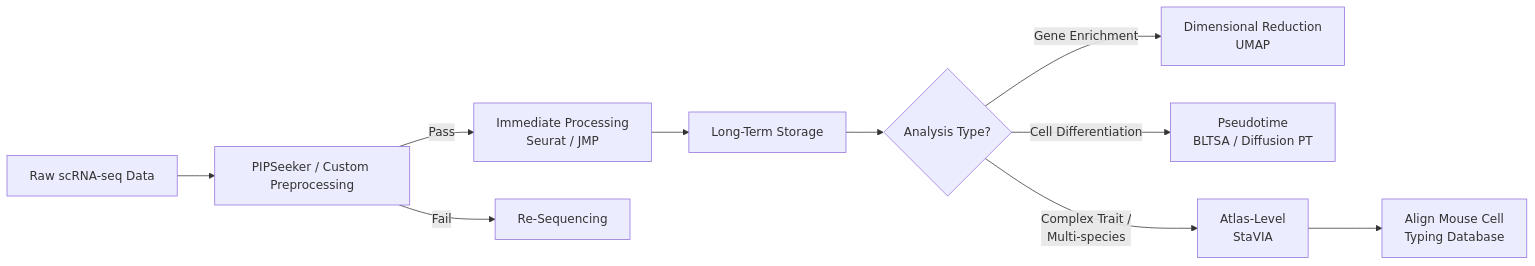
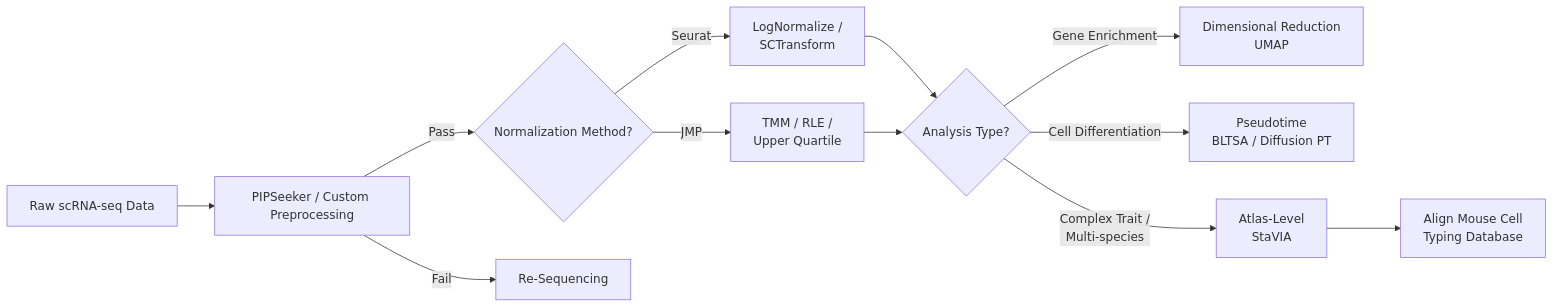
The diagram in README.md (pgrady1322/scRN_AI), drawn with Mermaid before and after one commit. The commit also changed other lines of this file, not shown here.

Commit message:
Refine Mermaid diagram in README to clarify normalization methods and analysis flow

````diff
--- a/README.md
+++ b/README.md
@@ -10,12 +10,14 @@
 ```mermaid
 flowchart LR
     A[Raw scRNA-seq Data] --> B[PIPSeeker / Custom Preprocessing]
-    B -- Pass --> C[Immediate Processing<br/>Seurat / JMP]
+    B -- Pass --> C{Normalization Method?}
     B -- Fail --> D[Re-Sequencing]
-    C --> E[Long-Term Storage]
-    E --> F{Analysis Type?}
-    F -- Gene Enrichment --> G[Dimensional Reduction<br/>UMAP]
-    F -- Cell Differentiation --> H[Pseudotime<br/>BLTSA / Diffusion PT]
-    F -- Complex Trait /<br/>Multi-species --> I[Atlas-Level<br/>StaVIA]
-    I --> J[Align Mouse Cell<br/>Typing Database]
+    C -- Seurat --> E[LogNormalize /<br/>SCTransform]
+    C -- JMP --> F[TMM / RLE /<br/>Upper Quartile]
+    E --> G{Analysis Type?}
+    F --> G
+    G -- Gene Enrichment --> H[Dimensional Reduction<br/>UMAP]
+    G -- Cell Differentiation --> I[Pseudotime<br/>BLTSA / Diffusion PT]
+    G -- Complex Trait /<br/>Multi-species --> J[Atlas-Level<br/>StaVIA]
+    J --> K[Align Mouse Cell<br/>Typing Database]
 ```
````
